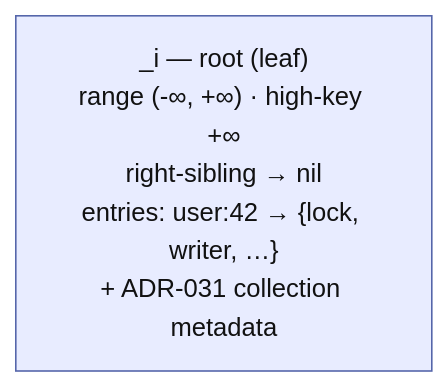
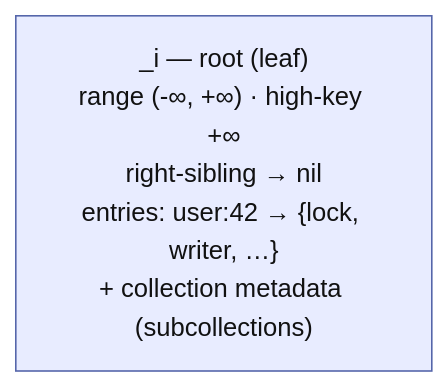
Before and after one commit to mbrt/glassdb-rs: the first of 5 diagrams in docs/designs/dynamic-range-sharding.md, drawn with Mermaid. The commit also changed other lines of this file and 2 other files, not shown here.

````diff
--- a/docs/designs/dynamic-range-sharding.md
+++ b/docs/designs/dynamic-range-sharding.md
@@ -125,7 +120,7 @@
 ```mermaid
 graph TD
-    Root["_i — root (leaf)<br/>range (-∞, +∞) · high-key +∞<br/>right-sibling → nil<br/>entries: user:42 → {lock, writer, …}<br/>+ ADR-031 collection metadata"]
+    Root["_i — root (leaf)<br/>range (-∞, +∞) · high-key +∞<br/>right-sibling → nil<br/>entries: user:42 → {lock, writer, …}<br/>+ collection metadata (subcollections)"]
 
     classDef root fill:#e8ecff,stroke:#5566aa,color:#111
     class Root root
 ```
````
